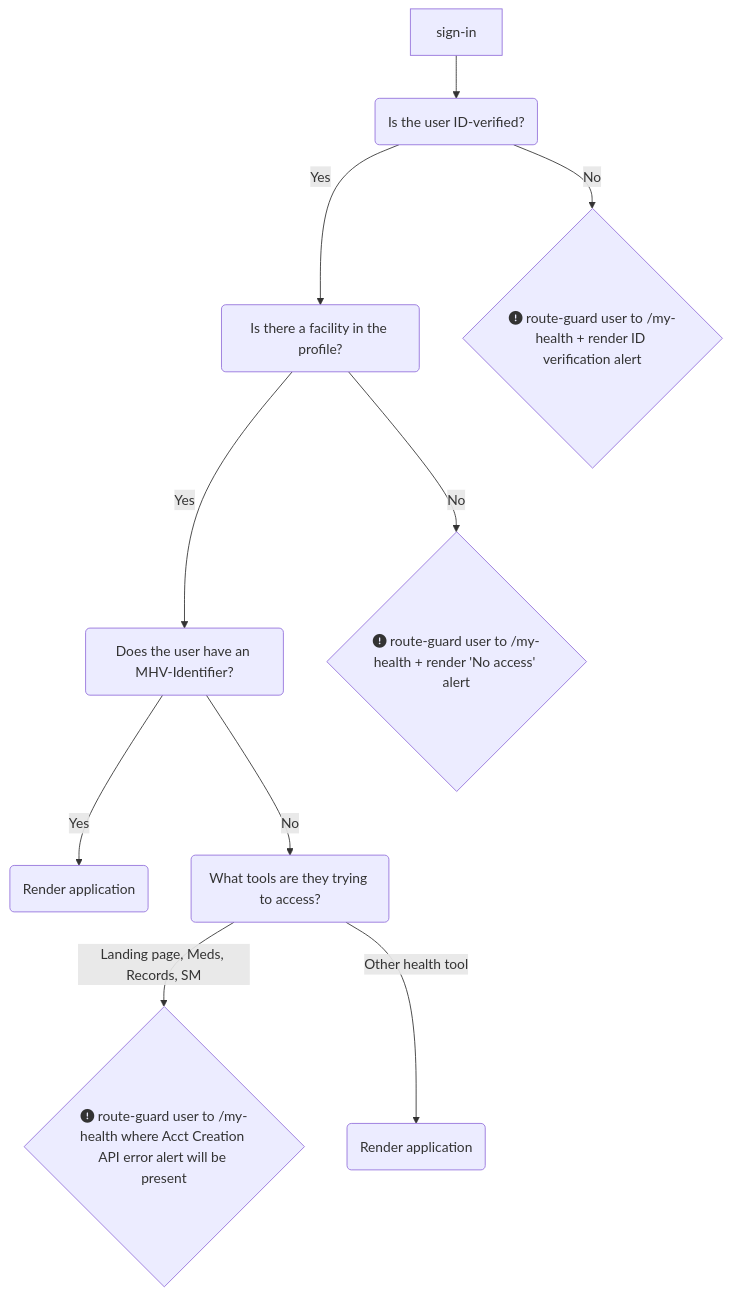
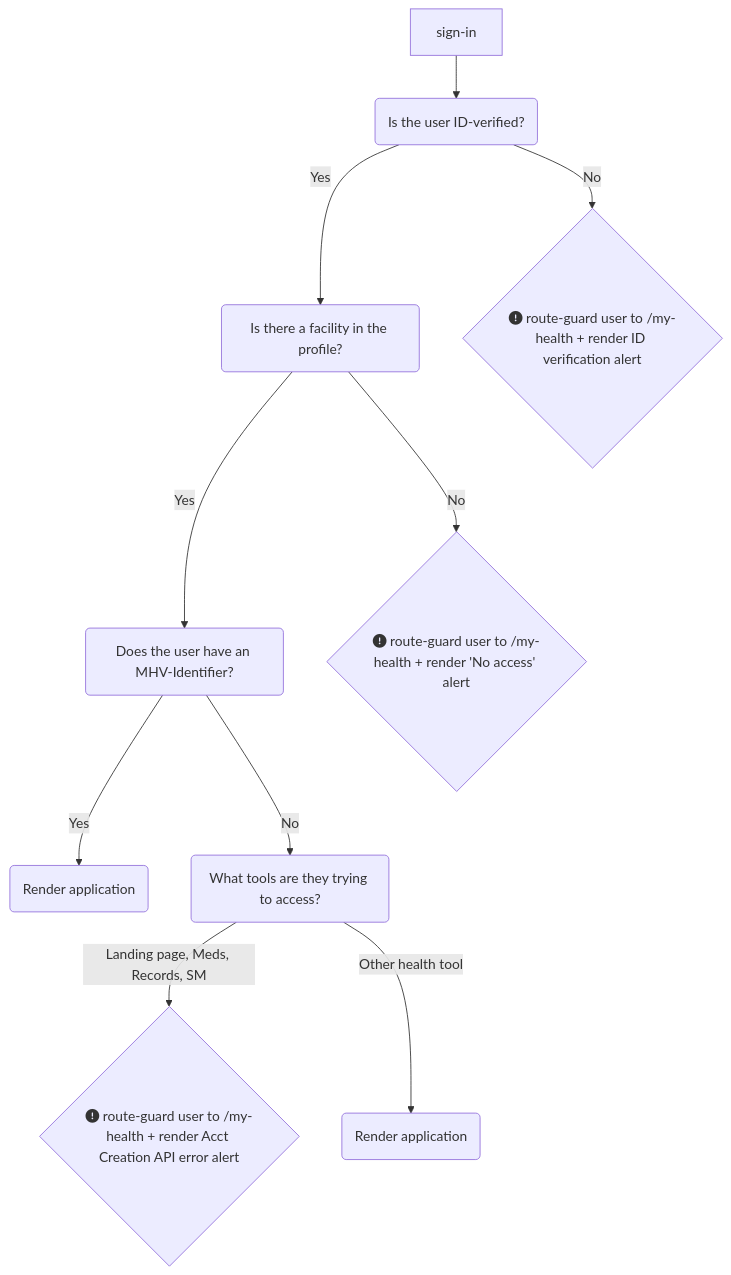
Before and after one commit to department-of-veterans-affairs/va.gov-team: the diagram in products/health-care/digital-health-modernization/mhv-to-va.gov/account-creation-api.md, drawn with Mermaid.

````diff
--- a/products/health-care/digital-health-modernization/mhv-to-va.gov/account-creation-api.md
+++ b/products/health-care/digital-health-modernization/mhv-to-va.gov/account-creation-api.md
@@ -86,12 +86,12 @@
 ```mermaid
 flowchart TD
     A[sign-in] --> B(Is the user ID-verified?)
     B --> |Yes| C(Is there a facility in the profile?)
     B --> |No| E{fa:fa-circle-exclamation route-guard user to /my-health + render ID verification alert}
     C -->|Yes| D(Does the user have an MHV-Identifier?)
     C -->|No| F{fa:fa-circle-exclamation route-guard user to /my-health + render 'No access' alert}
     D --> |Yes| G(Render application)
     D --> |No| H(What tools are they trying to access?)
-    H --> |Landing page, Meds, Records, SM| I{fa:fa-circle-exclamation route-guard user to /my-health where Acct Creation API error alert will be present}
+    H --> |Landing page, Meds, Records, SM| I{fa:fa-circle-exclamation route-guard user to /my-health + render Acct Creation API error alert}
     H --> |Other health tool| J(Render application)
 ```
````
